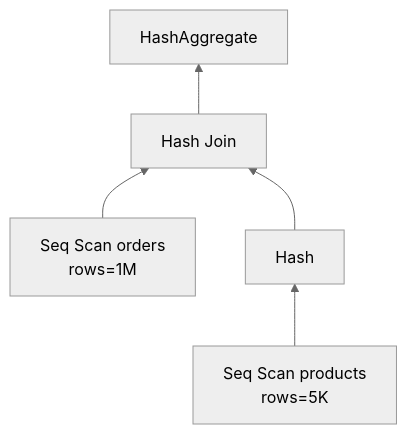
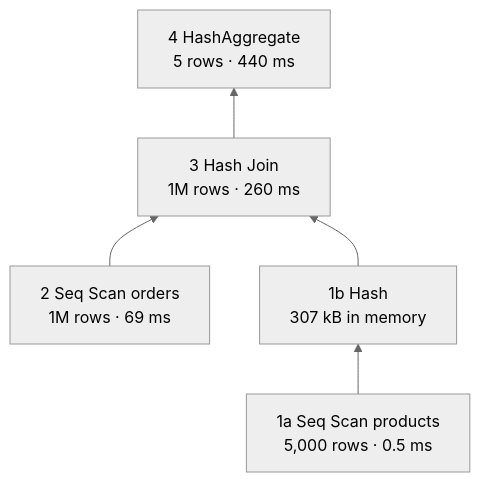
Before and after one commit to wesamkhateeb98-creator/postgresql-zero-to-hero: the second of 3 diagrams in Doc/05-indexes-performance/01-explain.md, drawn with Mermaid (neutral theme). The commit also changed other lines of this file and 29 other files, not shown here.

````diff
--- a/Doc/05-indexes-performance/01-explain.md
+++ b/Doc/05-indexes-performance/01-explain.md
@@ -5,6 +96,7 @@
 ```mermaid
 flowchart BT
-    S1["Seq Scan orders<br/>rows=1M"] --> H["Hash Join"]
-    S2["Seq Scan products<br/>rows=5K"] --> HH["Hash"] --> H
-    H --> A["HashAggregate"]
+    S2["1a Seq Scan products<br/>5,000 rows · 0.5 ms"] --> HH["1b Hash<br/>307 kB in memory"]
+    S1["2 Seq Scan orders<br/>1M rows · 69 ms"] --> H["3 Hash Join<br/>1M rows · 260 ms"]
+    HH --> H
+    H --> A["4 HashAggregate<br/>5 rows · 440 ms"]
 ```
````
